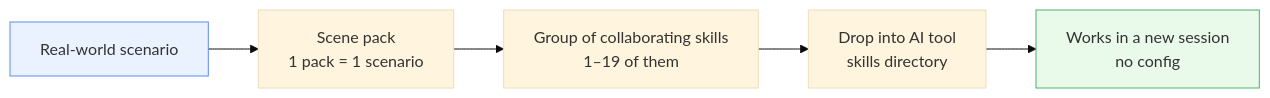
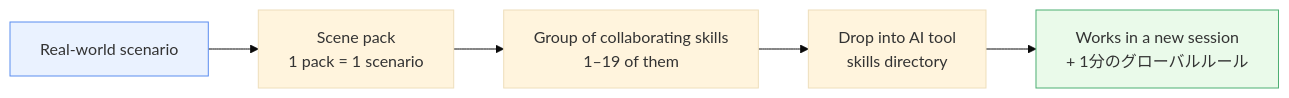
The diagram in README.ja.md (Morningstar202604/awesome-skillkit), drawn with Mermaid (base theme) before and after one commit. The commit also changed other lines of this file and 2 other files, not shown here.

Commit message:
docs(i18n): 查漏补缺终检——README.ja 三处'无需配置'过度承诺修正（中英版已改、日文版此前遗漏）、两处 mermaid/粒度行同步、CONTRIBUTING 测试命令补 tests 冒烟套件

````diff
--- a/README.ja.md
+++ b/README.ja.md
@@ -58,9 +58,9 @@
 ```mermaid
 flowchart LR
     A[Real-world scenario] --> B[Scene pack<br/>1 pack = 1 scenario]
     B --> C[Group of collaborating skills<br/>1–19 of them]
     C --> D[Drop into AI tool<br/>skills directory]
-    D --> E[Works in a new session<br/>no config]
+    D --> E[Works in a new session<br/>+ 1分のグローバルルール]
     style A fill:#eaf2ff,stroke:#5b8def
     style E fill:#eafaea,stroke:#4caf72
 ```
````
